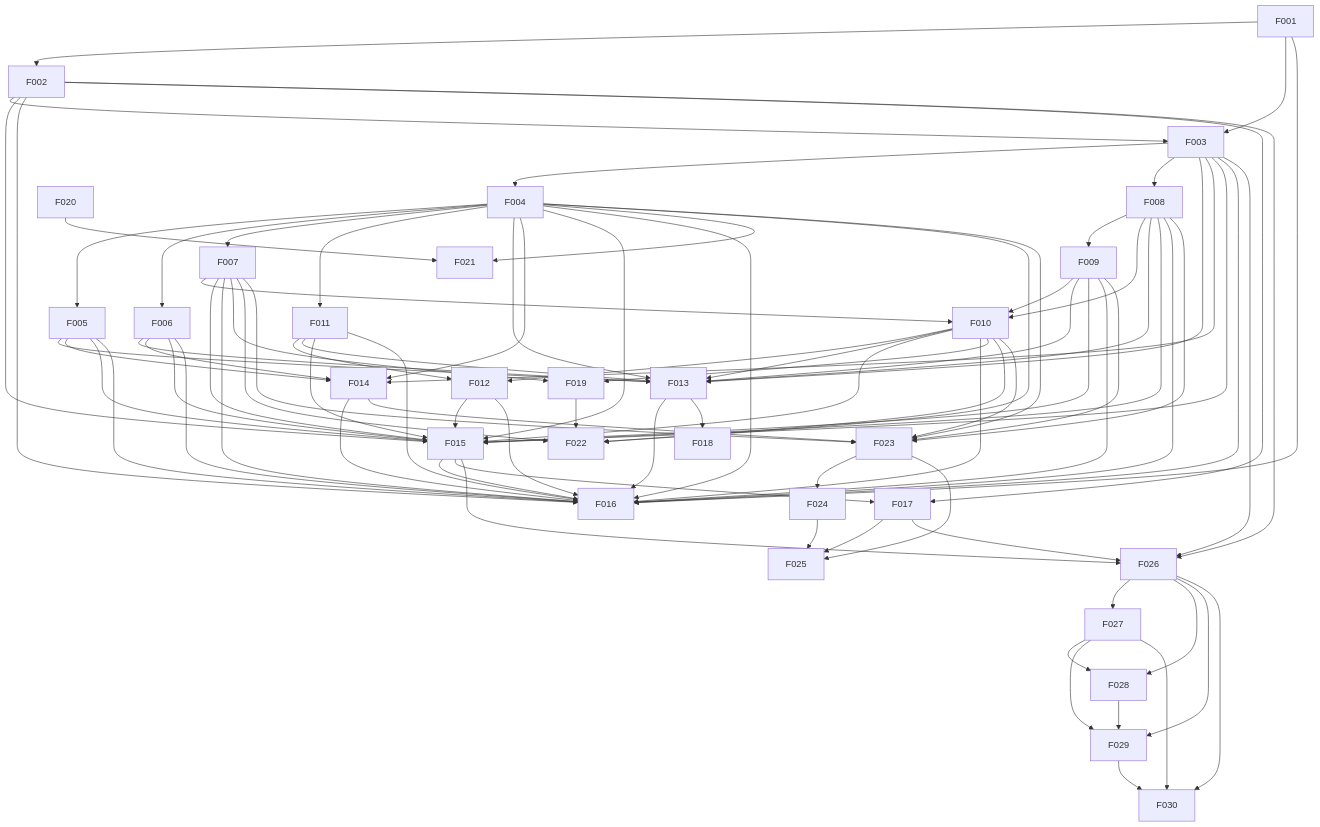
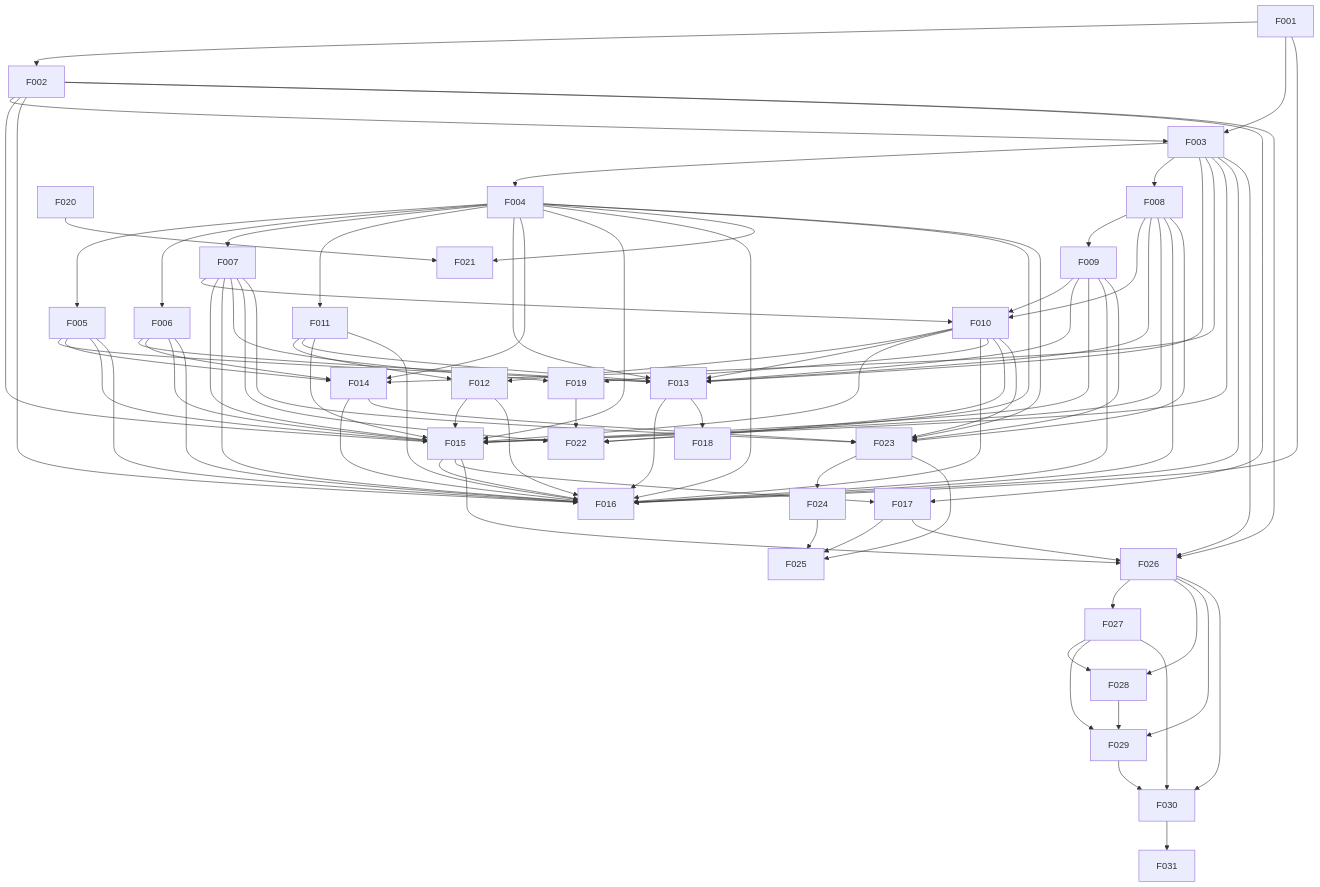
Before and after one commit to 47oo/csm: the diagram in docs/project/dependency-map.md, drawn with Mermaid. The commit also changed other lines of this file and 3 other files, not shown here.

````diff
--- a/docs/project/dependency-map.md
+++ b/docs/project/dependency-map.md
@@ -38,6 +38,7 @@
     n27["F028"]
     n28["F029"]
     n29["F030"]
+    n30["F031"]
     n0 --> n1
     n0 --> n2
     n1 --> n2
@@ -125,4 +126,5 @@
     n25 --> n29
     n26 --> n29
     n28 --> n29
+    n29 --> n30
 ```
````
